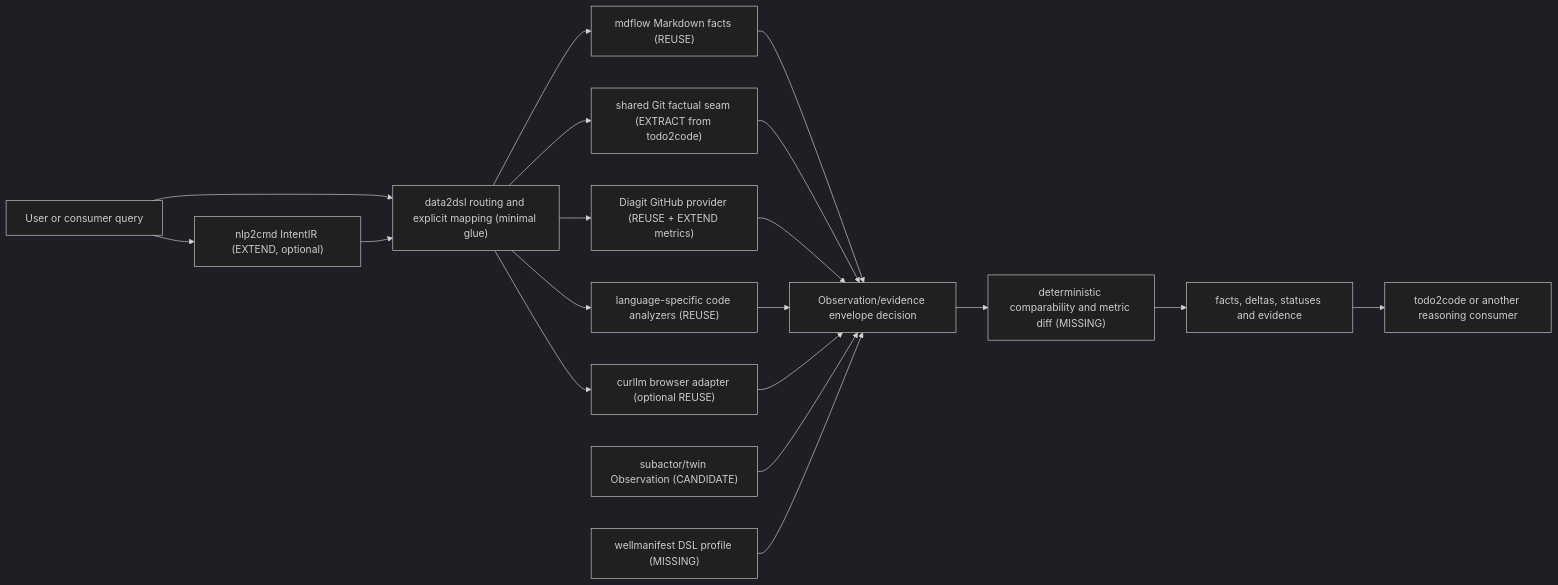
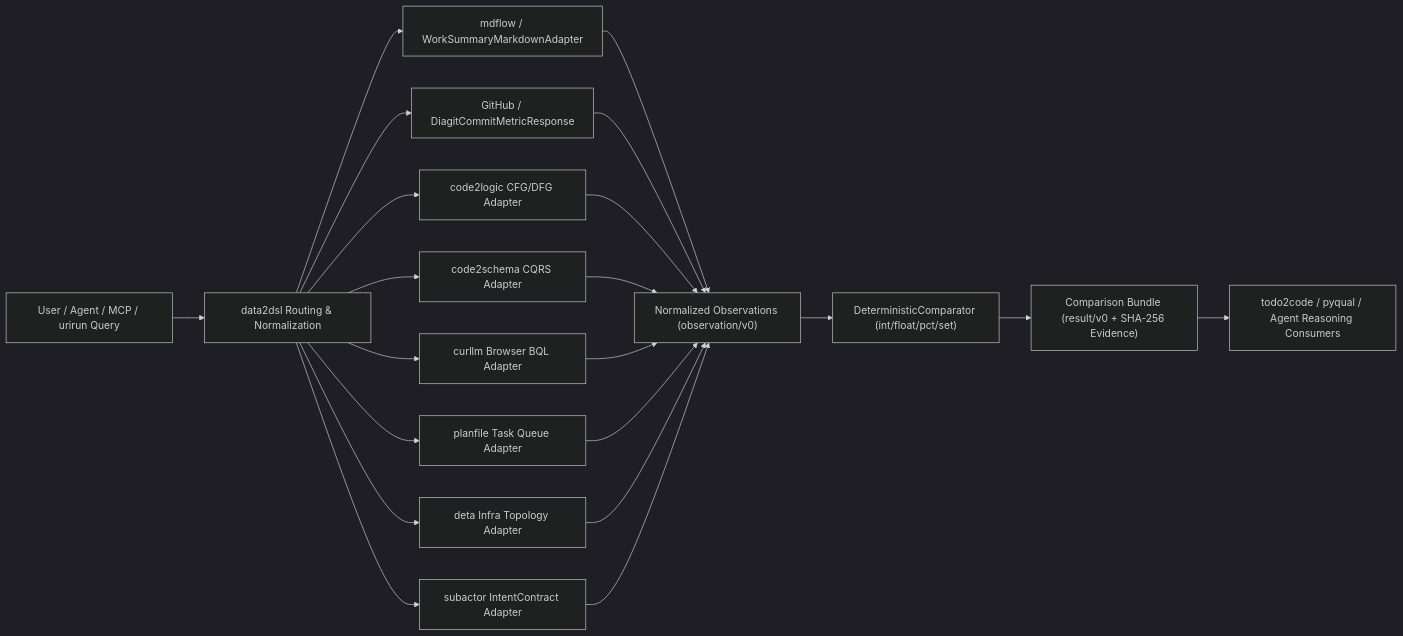
One commit to autogrammar/data2dsl changed the diagram in docs/CAPABILITY_MAP.md. Above: the diagram before and after it, drawn with Mermaid (dark theme). The commit also changed other lines of this file and 8 other files, not shown here.

Commit message:
docs(architecture): add ADR-004 and update CAPABILITY_MAP with 8 adapters [ticket-040]

````diff
--- a/docs/CAPABILITY_MAP.md
+++ b/docs/CAPABILITY_MAP.md
@@ -83,24 +81,26 @@
 ```mermaid
 flowchart LR
-    Q["User or consumer query"] --> N["nlp2cmd IntentIR (EXTEND, optional)"]
-    Q --> R["data2dsl routing and explicit mapping (minimal glue)"]
-    N --> R
+    Q["User / Agent / MCP / urirun Query"] --> R["data2dsl Routing & Normalization"]
 
-    R --> M["mdflow Markdown facts (REUSE)"]
-    R --> G["shared Git factual seam (EXTRACT from todo2code)"]
-    R --> H["Diagit GitHub provider (REUSE + EXTEND metrics)"]
-    R --> C["language-specific code analyzers (REUSE)"]
-    R --> B["curllm browser adapter (optional REUSE)"]
+    R --> M["mdflow / WorkSummaryMarkdownAdapter"]
+    R --> H["GitHub / DiagitCommitMetricResponse"]
+    R --> L["code2logic CFG/DFG Adapter"]
+    R --> S["code2schema CQRS Adapter"]
+    R --> B["curllm Browser BQL Adapter"]
+    R --> P["planfile Task Queue Adapter"]
+    R --> D["deta Infra Topology Adapter"]
+    R --> I["subactor IntentContract Adapter"]
 
-    M --> O["Observation/evidence envelope decision"]
-    G --> O
+    M --> O["Normalized Observations (observation/v0)"]
     H --> O
-    C --> O
+    L --> O
+    S --> O
     B --> O
-    T["subactor/twin Observation (CANDIDATE)"] --> O
-    D["wellmanifest DSL profile (MISSING)"] --> O
+    P --> O
+    D --> O
+    I --> O
 
-    O --> X["deterministic comparability and metric diff (MISSING)"]
-    X --> E["facts, deltas, statuses and evidence"]
-    E --> P["todo2code or another reasoning consumer"]
+    O --> C["DeterministicComparator (int/float/pct/set)"]
+    C --> F["Comparison Bundle (result/v0 + SHA-256 Evidence)"]
+    F --> X["todo2code / pyqual / Agent Reasoning Consumers"]
 ```
````
